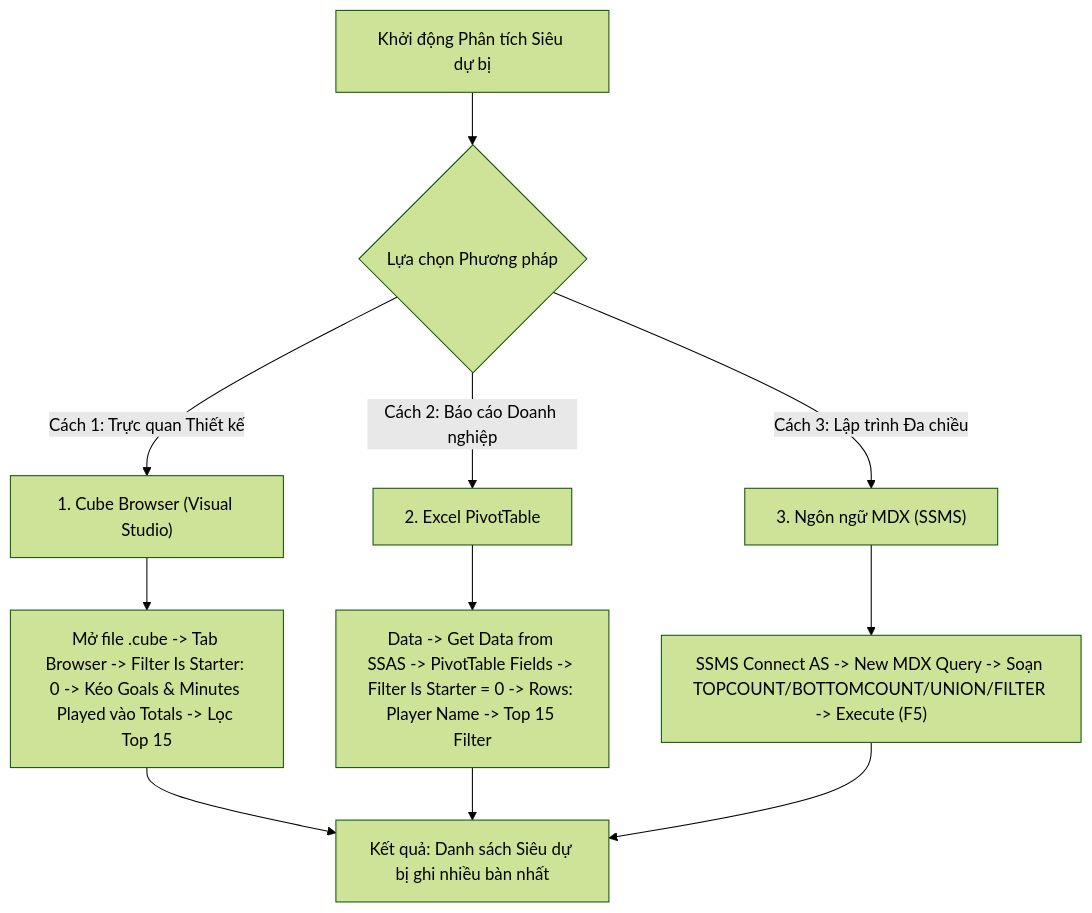
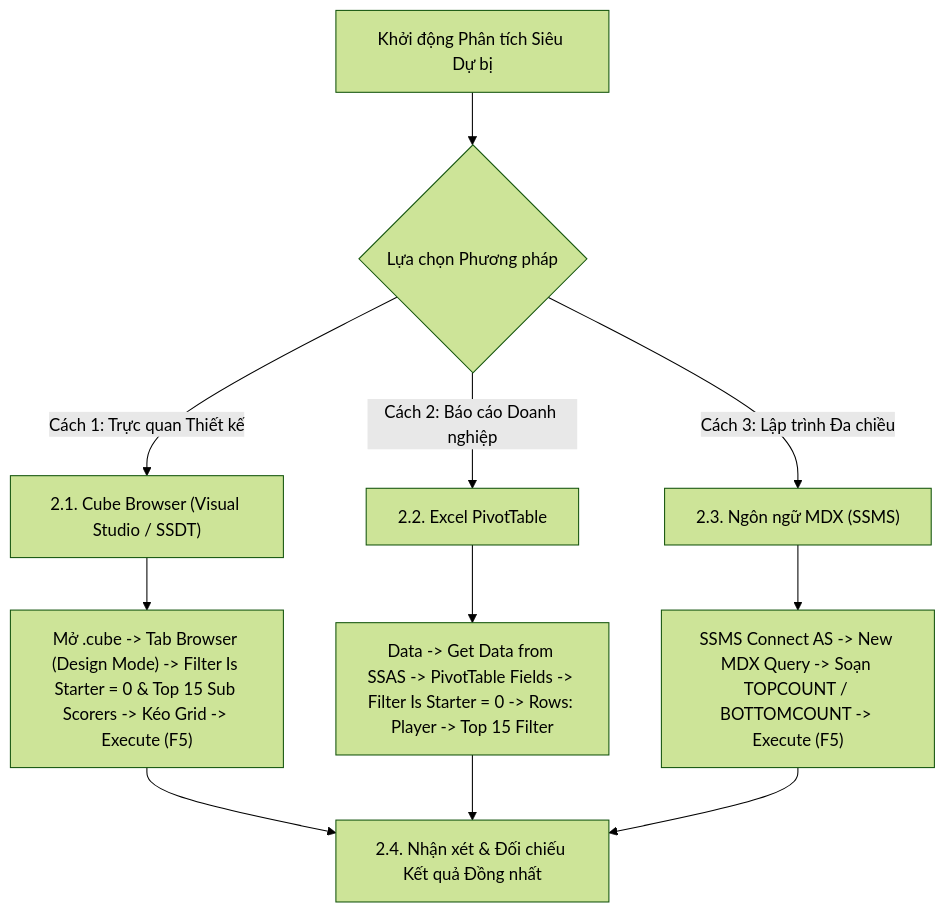
One commit to snowflake-vibing/Kho_du_lieu_OLAP changed the diagram in mdx/query_08.md. Above: the diagram before and after it, drawn with Mermaid (forest theme). The commit also changed other lines of this file and 9 other files, not shown here.

Commit message:
docs(mdx): dong bo quy trinh 3 phuong phap va bang doi chieu cho query 06 den 15

````diff
--- a/mdx/query_08.md
+++ b/mdx/query_08.md
@@ -37,16 +38,16 @@
 ```mermaid
 flowchart TD
-    Start["Khởi động Phân tích Siêu dự bị"] --> Choice{"Lựa chọn Phương pháp"}
+    Start["Khởi động Phân tích Siêu Dự bị"] --> Choice{"Lựa chọn Phương pháp"}
 
-    Choice -->|"Cách 1: Trực quan Thiết kế"| CB["1. Cube Browser (Visual Studio)"]
-    Choice -->|"Cách 2: Báo cáo Doanh nghiệp"| Excel["2. Excel PivotTable"]
-    Choice -->|"Cách 3: Lập trình Đa chiều"| MDX["3. Ngôn ngữ MDX (SSMS)"]
+    Choice -->|"Cách 1: Trực quan Thiết kế"| CB["2.1. Cube Browser (Visual Studio / SSDT)"]
+    Choice -->|"Cách 2: Báo cáo Doanh nghiệp"| Excel["2.2. Excel PivotTable"]
+    Choice -->|"Cách 3: Lập trình Đa chiều"| MDX["2.3. Ngôn ngữ MDX (SSMS)"]
 
-    CB --> CB_Step["Mở file .cube -> Tab Browser -> Filter Is Starter: 0 -> Kéo Goals & Minutes Played vào Totals -> Lọc Top 15"]
-    Excel --> Excel_Step["Data -> Get Data from SSAS -> PivotTable Fields -> Filter Is Starter = 0 -> Rows: Player Name -> Top 15 Filter"]
-    MDX --> MDX_Step["SSMS Connect AS -> New MDX Query -> Soạn TOPCOUNT/BOTTOMCOUNT/UNION/FILTER -> Execute (F5)"]
+    CB --> CB_Step["Mở .cube -> Tab Browser (Design Mode) -> Filter Is Starter = 0 & Top 15 Sub Scorers -> Kéo Grid -> Execute (F5)"]
+    Excel --> Excel_Step["Data -> Get Data from SSAS -> PivotTable Fields -> Filter Is Starter = 0 -> Rows: Player -> Top 15 Filter"]
+    MDX --> MDX_Step["SSMS Connect AS -> New MDX Query -> Soạn TOPCOUNT / BOTTOMCOUNT -> Execute (F5)"]
 
-    CB_Step --> Finish["Kết quả: Danh sách Siêu dự bị ghi nhiều bàn nhất"]
+    CB_Step --> Finish["2.4. Nhận xét & Đối chiếu Kết quả Đồng nhất"]
     Excel_Step --> Finish
     MDX_Step --> Finish
 ```
````
